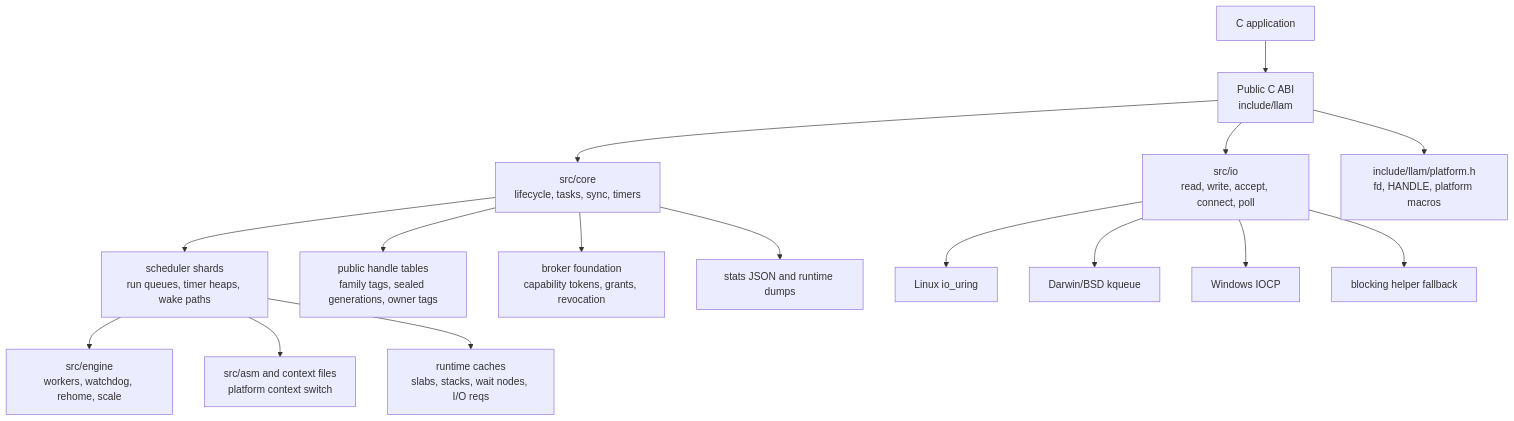
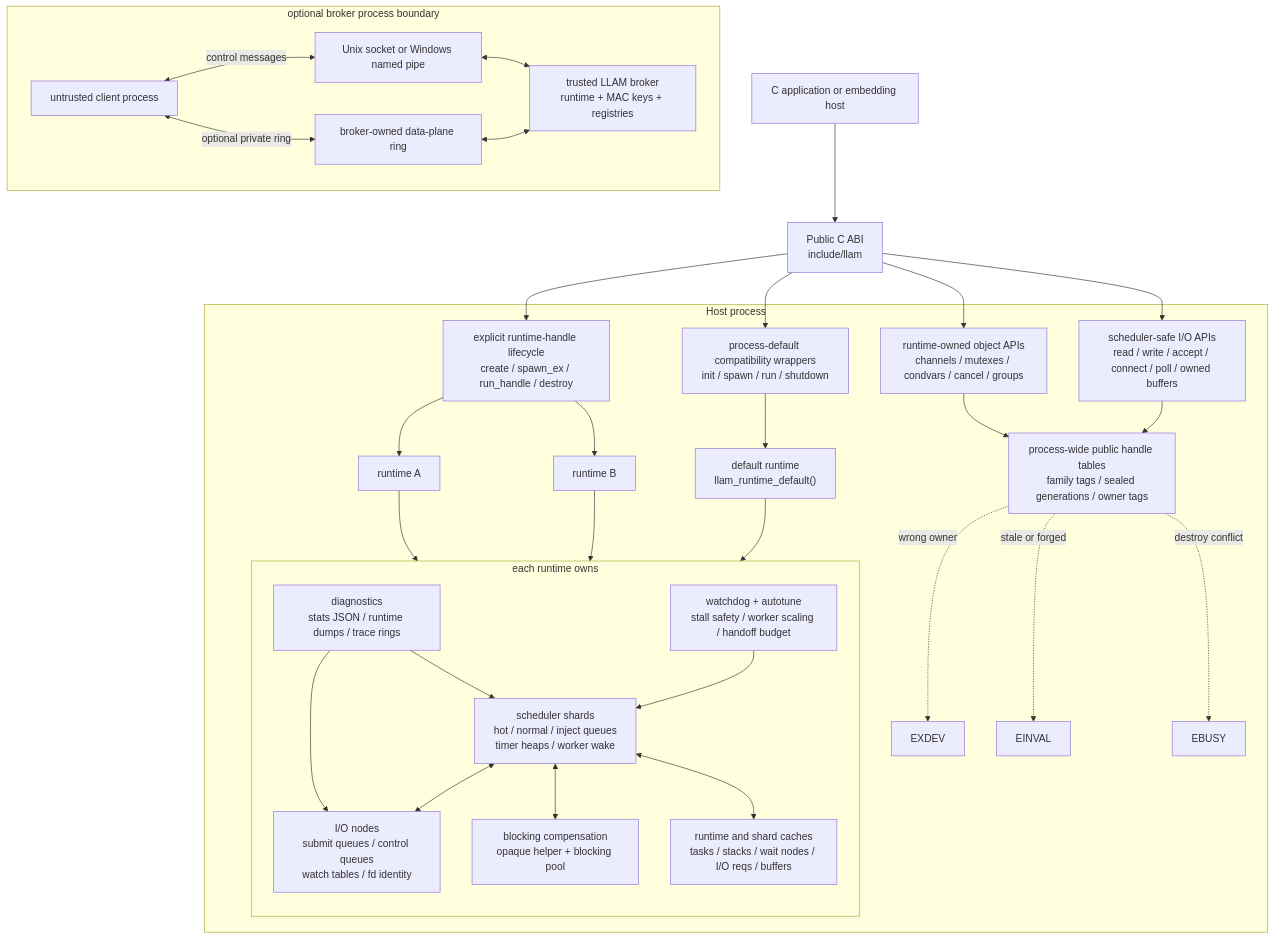
Before and after one commit to Feralthedogg/LLAM: the first of 2 diagrams in docs/internals/architecture.md, drawn with Mermaid. The commit also changed other lines of this file and 109 other files, not shown here.

Commit message:
fix: harden broker and async runtime lifecycles

````diff
--- a/docs/internals/architecture.md
+++ b/docs/internals/architecture.md
@@ -6,21 +13,46 @@
 ```mermaid
 flowchart TB
-    App["C application"] --> API["Public C ABI\ninclude/llam"]
-    API --> Core["src/core\nlifecycle, tasks, sync, timers"]
-    API --> IO["src/io\nread, write, accept, connect, poll"]
-    API --> Platform["include/llam/platform.h\nfd, HANDLE, platform macros"]
+    App["C application or embedding host"] --> API["Public C ABI\ninclude/llam"]
+    API --> HandleAPI["explicit runtime-handle lifecycle\ncreate / spawn_ex / run_handle / destroy"]
+    API --> DefaultAPI["process-default compatibility wrappers\ninit / spawn / run / shutdown"]
+    API --> ObjectAPI["runtime-owned object APIs\nchannels / mutexes / condvars / cancel / groups"]
+    API --> IOAPI["scheduler-safe I/O APIs\nread / write / accept / connect / poll / owned buffers"]
 
-    Core --> Scheduler["scheduler shards\nrun queues, timer heaps, wake paths"]
-    Core --> Handles["public handle tables\nfamily tags, sealed generations, owner tags"]
-    Core --> Broker["broker foundation\ncapability tokens, grants, revocation"]
-    Core --> Debug["stats JSON and runtime dumps"]
+    subgraph Process["Host process"]
+        HandleAPI --> RuntimeA["runtime A"]
+        HandleAPI --> RuntimeB["runtime B"]
+        DefaultAPI --> DefaultRuntime["default runtime\nllam_runtime_default()"]
+        ObjectAPI --> Slots["process-wide public handle tables\nfamily tags / sealed generations / owner tags"]
+        IOAPI --> Slots
+        Slots -. "wrong owner" .-> EXDEV["EXDEV"]
+        Slots -. "stale or forged" .-> EINVAL["EINVAL"]
+        Slots -. "destroy conflict" .-> EBUSY["EBUSY"]
 
-    Scheduler --> Engine["src/engine\nworkers, watchdog, rehome, scale"]
-    Scheduler --> Context["src/asm and context files\nplatform context switch"]
-    Scheduler --> Memory["runtime caches\nslabs, stacks, wait nodes, I/O reqs"]
+        subgraph RuntimeState["each runtime owns"]
+            direction TB
+            Shards["scheduler shards\nhot / normal / inject queues\ntimer heaps / worker wake"]
+            Nodes["I/O nodes\nsubmit queues / control queues\nwatch tables / fd identity"]
+            Blocking["blocking compensation\nopaque helper + blocking pool"]
+            Caches["runtime and shard caches\ntasks / stacks / wait nodes / I/O reqs / buffers"]
+            Watchdog["watchdog + autotune\nstall safety / worker scaling / handoff budget"]
+            Debug["diagnostics\nstats JSON / runtime dumps / trace rings"]
+            Shards <--> Nodes
+            Shards <--> Blocking
+            Shards <--> Caches
+            Watchdog --> Shards
+            Debug --> Shards
+            Debug --> Nodes
+        end
 
-    IO --> Linux["Linux io_uring"]
-    IO --> Kqueue["Darwin/BSD kqueue"]
-    IO --> Windows["Windows IOCP"]
-    IO --> Fallback["blocking helper fallback"]
+        RuntimeA --> RuntimeState
+        RuntimeB --> RuntimeState
+        DefaultRuntime --> RuntimeState
+    end
+
+    subgraph BrokerBoundary["optional broker process boundary"]
+        Client["untrusted client process"] <-->|control messages| Transport["Unix socket or Windows named pipe"]
+        Transport <--> Broker["trusted LLAM broker\nruntime + MAC keys + registries"]
+        Client <-->|optional private ring| Ring["broker-owned data-plane ring"]
+        Ring <--> Broker
+    end
 ```
````
